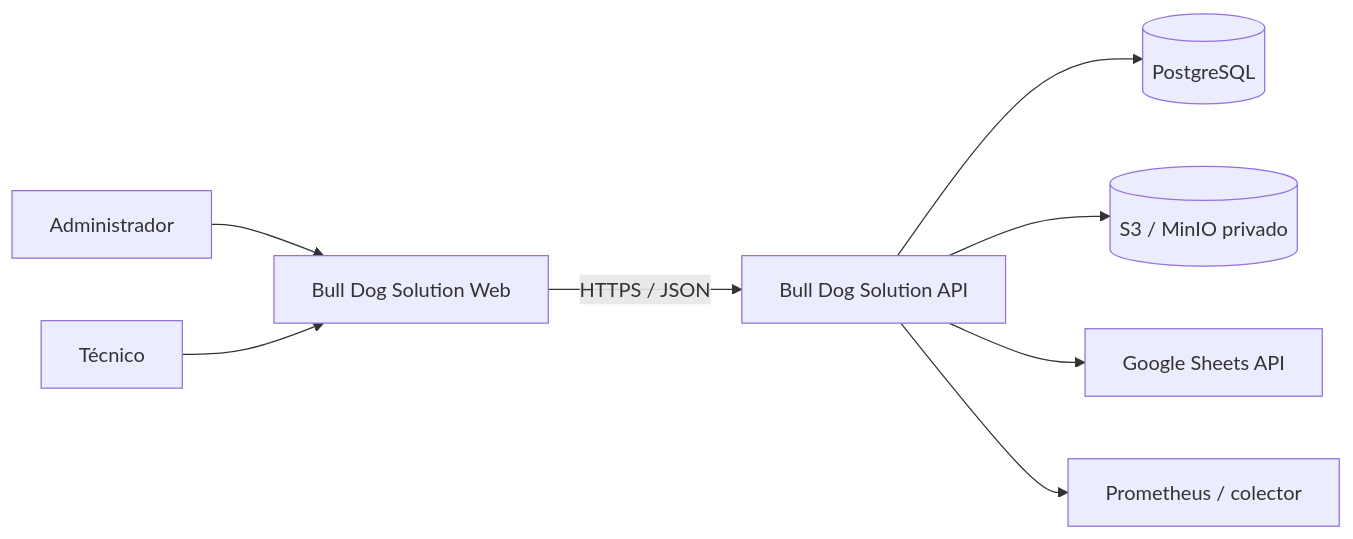
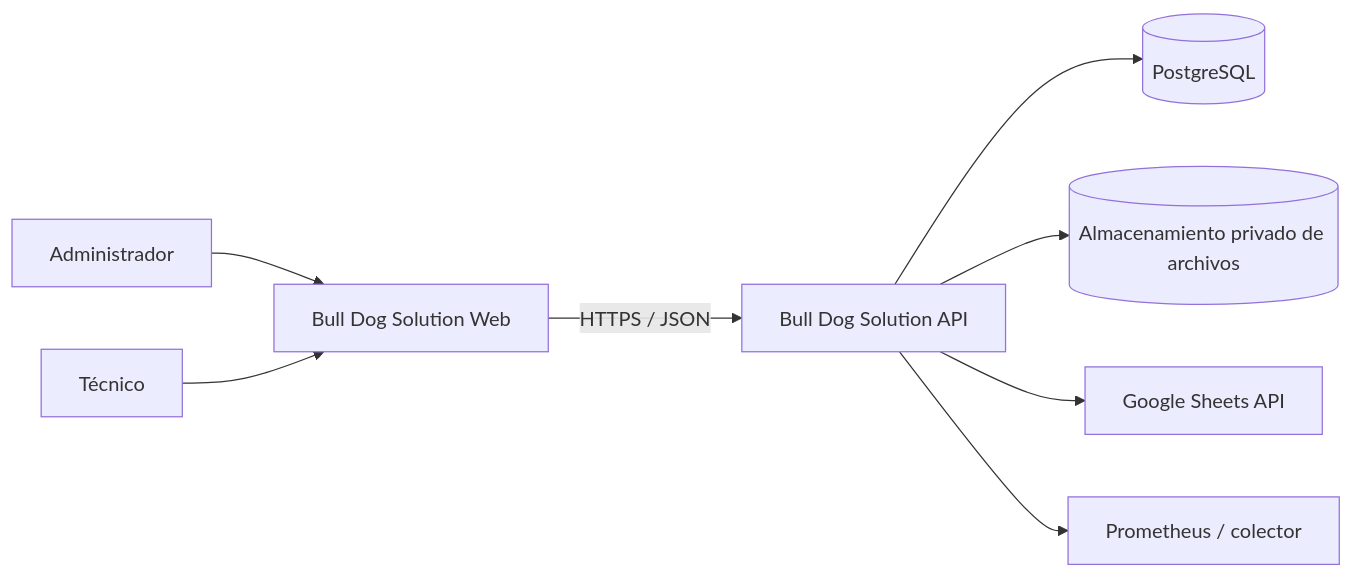
The first of 3 diagrams in docs/technical/architecture.md (luistorres-idt/puk), drawn with Mermaid before and after one commit. The commit also changed other lines of this file and 14 other files, not shown here.

````diff
--- a/docs/technical/architecture.md
+++ b/docs/technical/architecture.md
@@ -11,10 +11,10 @@
 ```mermaid
 flowchart LR
     Admin[Administrador] --> Web[Bull Dog Solution Web]
     Tech[Técnico] --> Web
     Web -->|HTTPS / JSON| API[Bull Dog Solution API]
     API --> DB[(PostgreSQL)]
-    API --> S3[(S3 / MinIO privado)]
+    API --> Storage[(Almacenamiento privado de archivos)]
     API --> Sheets[Google Sheets API]
     API --> Metrics[Prometheus / colector]
 ```
````
